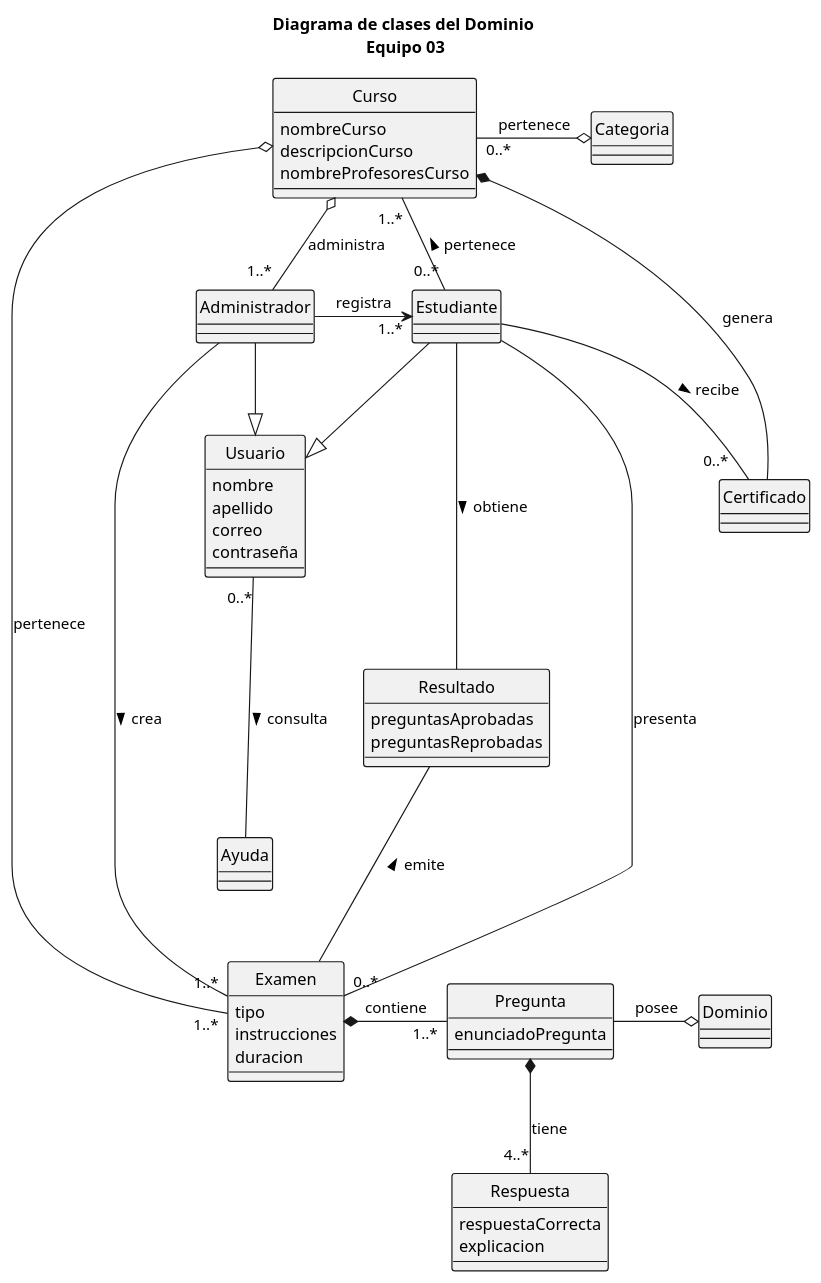
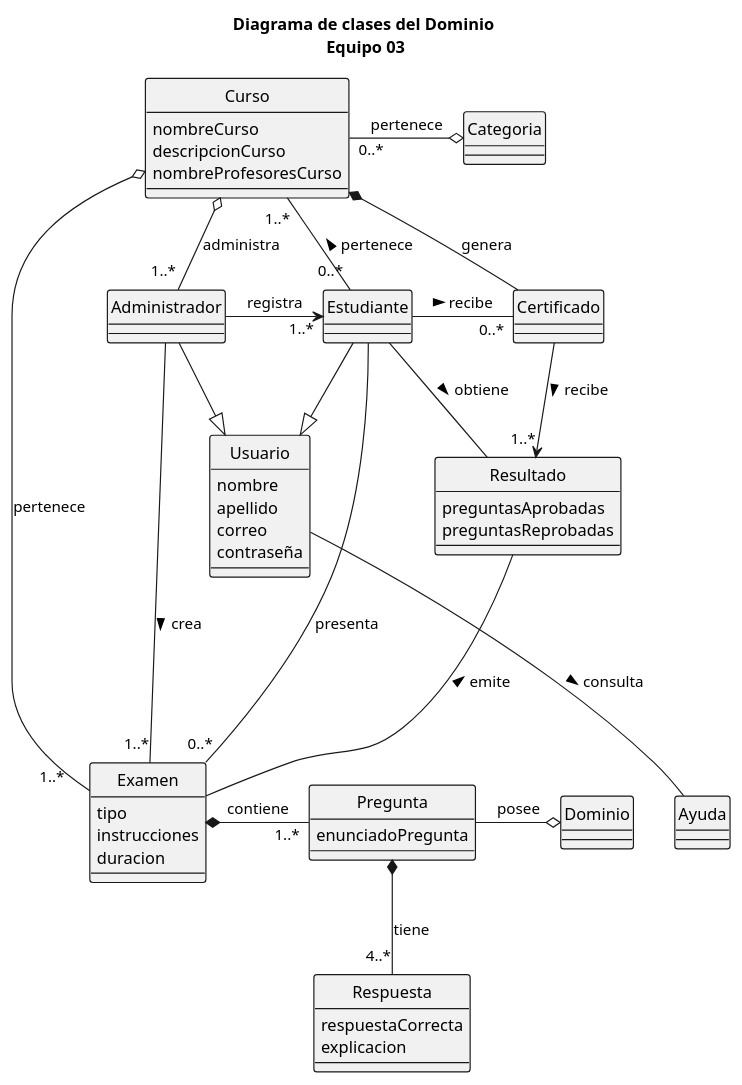
The diagram in docs/scenariosView/diagramaClasesDominio.plantuml (febres35/EdTech_IS), drawn with PlantUML before and after one commit. The commit also changed 1 other file, not shown here.

Commit message:
Agregada relacion entre Certificado y Resultado

```diff
--- a/docs/scenariosView/diagramaClasesDominio.plantuml
+++ b/docs/scenariosView/diagramaClasesDominio.plantuml
@@ -1,74 +1,76 @@
 @startuml "Diagrama de clases"
 
 title "Diagrama de clases del Dominio\n Equipo 03"
 
 skinparam ClassBorderThickness 1
 skinparam style strictuml
 
 class Usuario{
   nombre
   apellido
   correo
   contraseña 
 }
 class Administrador
 
 class Estudiante{
 }
 
 class Ayuda
 
 class Curso{
   nombreCurso
   descripcionCurso
   nombreProfesoresCurso
 }
 class Categoria
 
 class Examen{
   tipo
   instrucciones
   duracion
 }
 class Resultado{
   preguntasAprobadas
   preguntasReprobadas
 }
 
 class Pregunta{
   enunciadoPregunta
 }
 
 class Dominio
 
 class Respuesta{
   respuestaCorrecta
   explicacion
 }
 class Certificado{
 }
 
 Usuario <|-left- Administrador
 Usuario <|-up- Estudiante
-Usuario "0..*"--- Ayuda: > consulta
+Usuario -down-- Ayuda: > consulta
 
 Administrador -- "1..*"Examen: > crea
 Administrador -right-> "     1..*"Estudiante: registra
 Administrador "    1..*"-up-o Curso: administra
 
 Estudiante "0..*"-right-"    1..*"Curso: > pertenece
 Estudiante -right- "0..*"Examen: presenta
-Estudiante -- "0..*   "Certificado: > recibe
-Estudiante --- Resultado: > obtiene
+Estudiante -right- "0..*"Certificado: > recibe
+Estudiante -right- Resultado: > obtiene
 
 Examen *-right- "1..*"Pregunta: contiene
 Examen -up-- Resultado: > emite
 
 Pregunta *-down- "4..*" Respuesta: tiene
 Pregunta -right-o Dominio: posee
 
 Curso "0..*" -right-o Categoria: pertenece
-Curso o----- "1..*"Examen: pertenece
+Curso o----- "1..*    "Examen: pertenece
 Curso *- Certificado: genera
 
+Certificado --> "1..*"Resultado: recibe >
+
 @enduml
```
